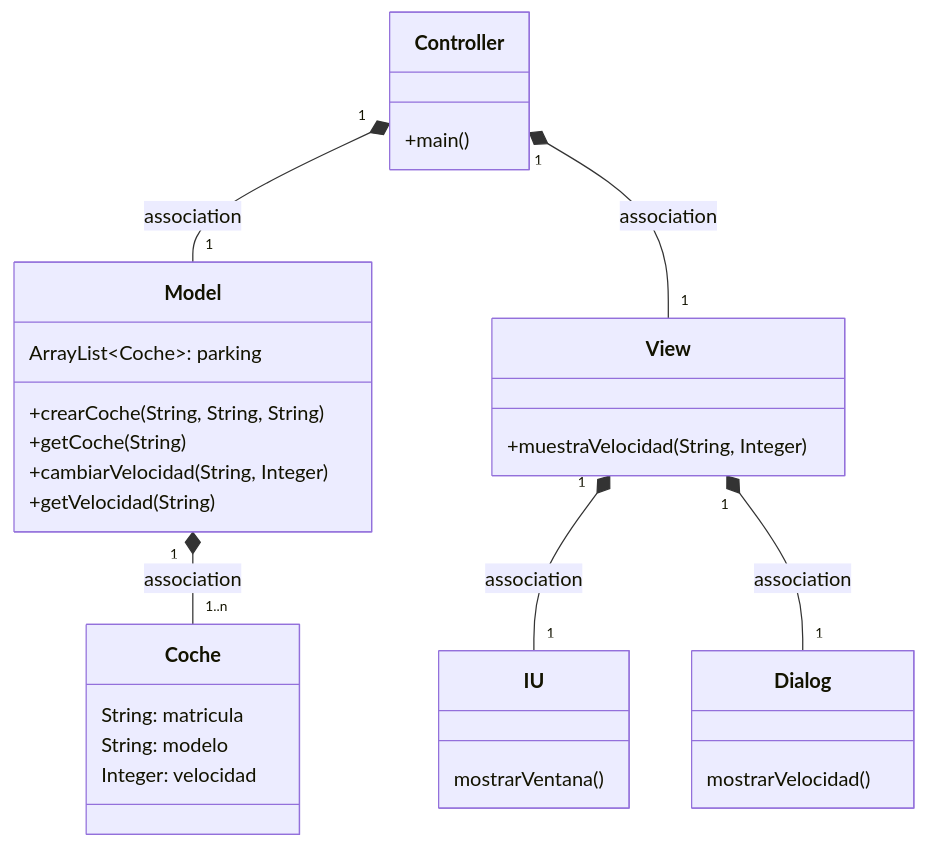
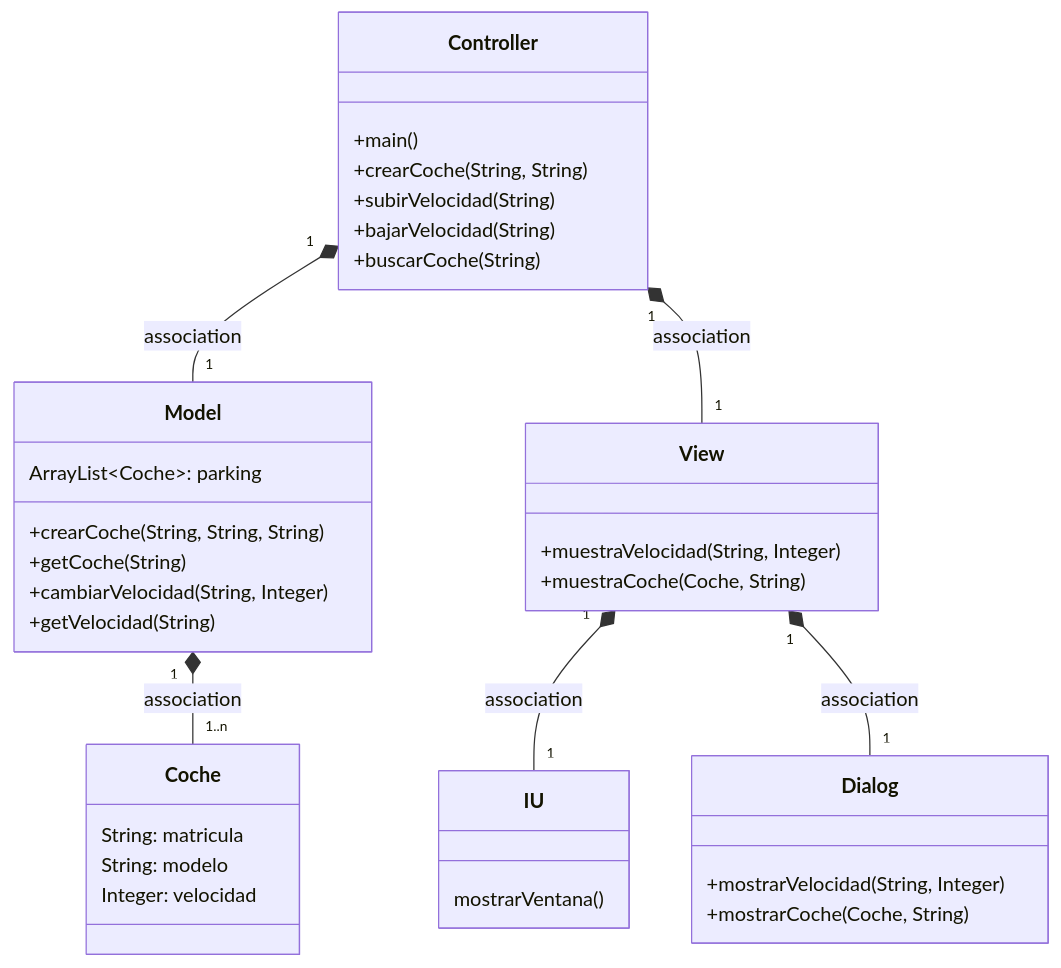
Before and after one commit to NicolasRodriguezSteuerberg/MVC_coches: the first of 3 diagrams in Readme.md, drawn with Mermaid. The commit also changed other lines of this file and 7 other files, not shown here.

Commit message:
Implementacion de la funcionalidad de buscar un coche

````diff
--- a/Readme.md
+++ b/Readme.md
@@ -12,28 +12,38 @@
 ```mermaid
 classDiagram
     class Coche {
         String: matricula
         String: modelo
         Integer: velocidad
     }
       class Controller{
           +main()
+          +crearCoche(String, String)
+          +subirVelocidad(String)
+          +bajarVelocidad(String)
+          +buscarCoche(String)
       }
-      class View {+muestraVelocidad(String, Integer)}
+      class View {
+        +muestraVelocidad(String, Integer) 
+        +muestraCoche(Coche, String)
+      }
       class Model {
           ArrayList~Coche~: parking
           +crearCoche(String, String, String)
           +getCoche(String)
           +cambiarVelocidad(String, Integer)
           +getVelocidad(String)
       }
       
       class IU { mostrarVentana()}
       
-      class Dialog { mostrarVelocidad() }
+      class Dialog { 
+        +mostrarVelocidad(String, Integer) 
+        +mostrarCoche(Coche, String)  
+      }
     Controller "1" *-- "1" Model : association
     Controller "1" *-- "1" View : association
     Model "1" *-- "1..n" Coche : association
     View "1" *-- "1" IU : association
     View "1" *-- "1" Dialog : association
 ```
````
